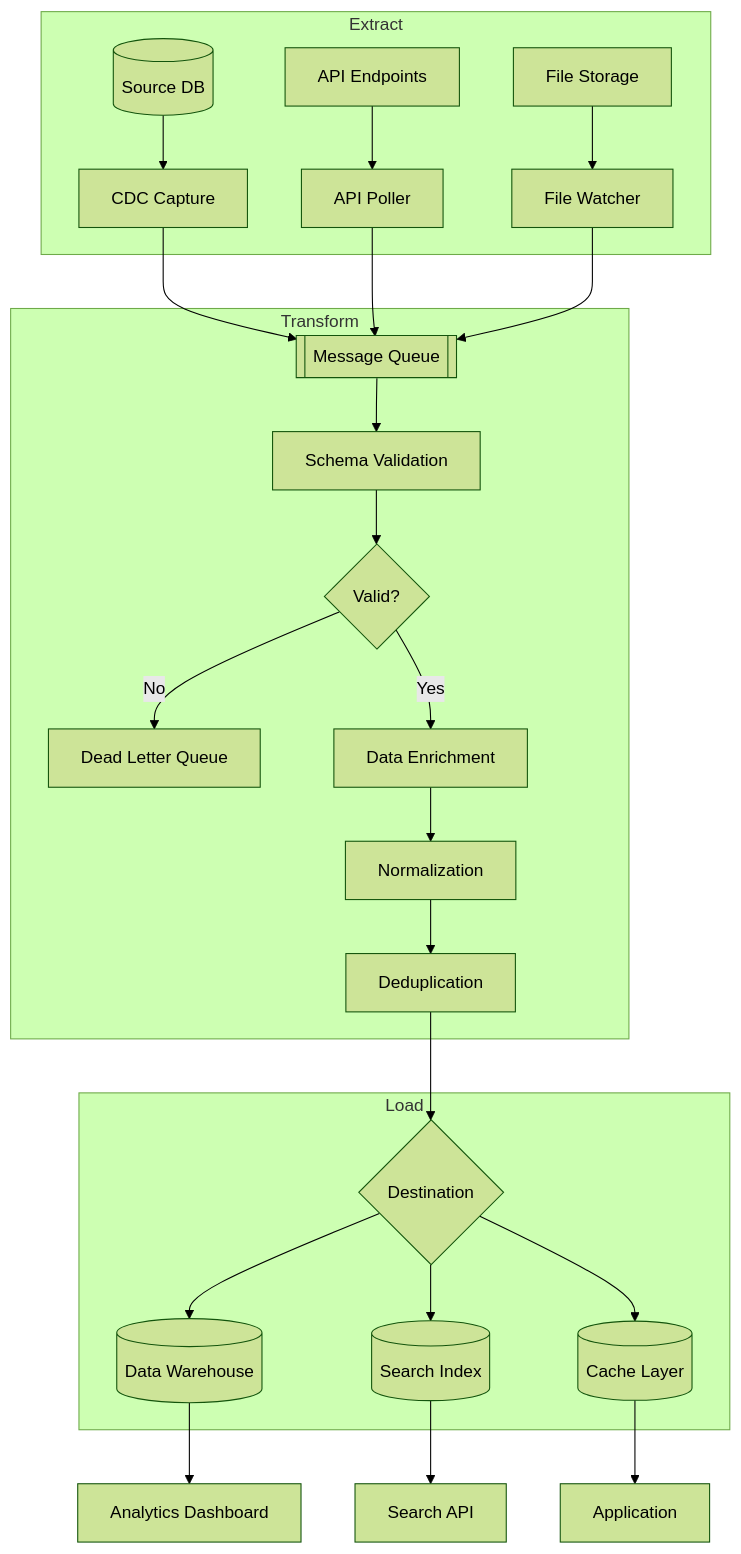
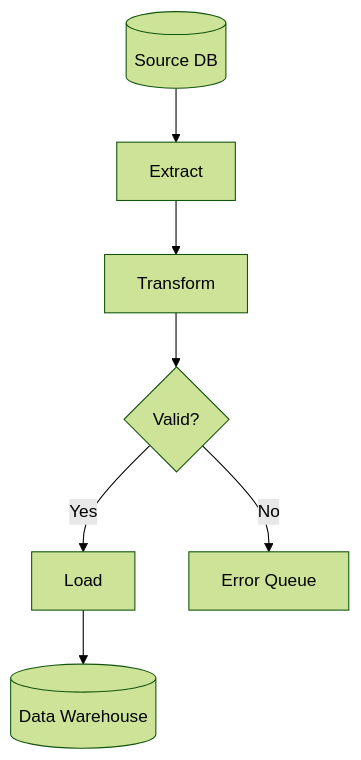
The diagram in examples/data/etl-pipeline.flow.md (Epsilondelta-ai/flowbook), drawn with Mermaid (forest theme) before and after one commit. The commit also changed other lines of this file and 14 other files, not shown here.

````diff
--- a/examples/data/etl-pipeline.flow.md
+++ b/examples/data/etl-pipeline.flow.md
@@ -9,32 +9,9 @@
 ```mermaid
 flowchart TD
-    subgraph Extract
-        A[(Source DB)] --> B[CDC Capture]
-        C[API Endpoints] --> D[API Poller]
-        E[File Storage] --> F[File Watcher]
-    end
-
-    B --> G[[Message Queue]]
-    D --> G
-    F --> G
-
-    subgraph Transform
-        G --> H[Schema Validation]
-        H --> I{Valid?}
-        I -->|No| J[Dead Letter Queue]
-        I -->|Yes| K[Data Enrichment]
-        K --> L[Normalization]
-        L --> M[Deduplication]
-    end
-
-    subgraph Load
-        M --> N{Destination}
-        N --> O[(Data Warehouse)]
-        N --> P[(Search Index)]
-        N --> Q[(Cache Layer)]
-    end
-
-    O --> R[Analytics Dashboard]
-    P --> S[Search API]
-    Q --> T[Application]
+    A[(Source DB)] --> B[Extract]
+    B --> C[Transform]
+    C --> D{Valid?}
+    D -->|Yes| E[Load]
+    D -->|No| F[Error Queue]
+    E --> G[(Data Warehouse)]
 ```
````
